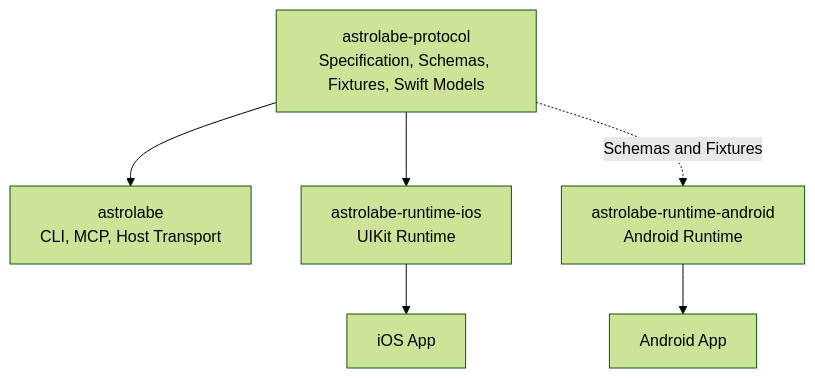
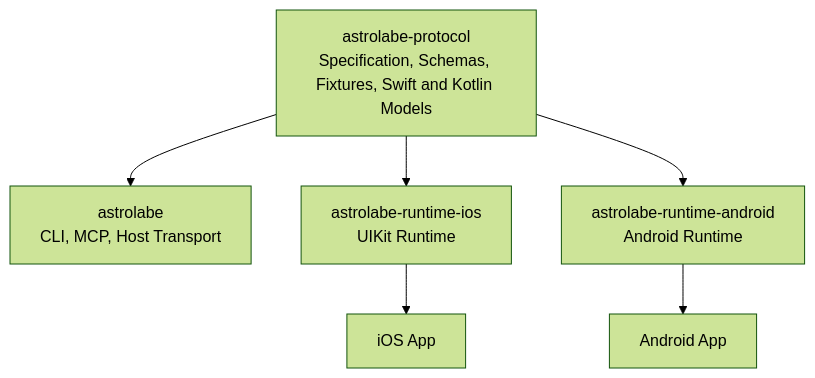
The diagram in docs/protocol-architecture.md (regulusleow/astrolabe), drawn with Mermaid (forest theme) before and after one commit. The commit also changed other lines of this file, not shown here.

Commit message:
docs: update protocol architecture

````diff
--- a/docs/protocol-architecture.md
+++ b/docs/protocol-architecture.md
@@ -20,15 +21,15 @@
 ```mermaid
 flowchart TB
-    Protocol[astrolabe-protocol<br/>Specification, Schemas, Fixtures, Swift Models]
+    Protocol[astrolabe-protocol<br/>Specification, Schemas, Fixtures, Swift and Kotlin Models]
     Host[astrolabe<br/>CLI, MCP, Host Transport]
     IOS[astrolabe-runtime-ios<br/>UIKit Runtime]
     Android[astrolabe-runtime-android<br/>Android Runtime]
     AppIOS[iOS App]
     AppAndroid[Android App]
 
     Protocol --> Host
     Protocol --> IOS
-    Protocol -. Schemas and Fixtures .-> Android
+    Protocol --> Android
     IOS --> AppIOS
     Android --> AppAndroid
 ```
````
